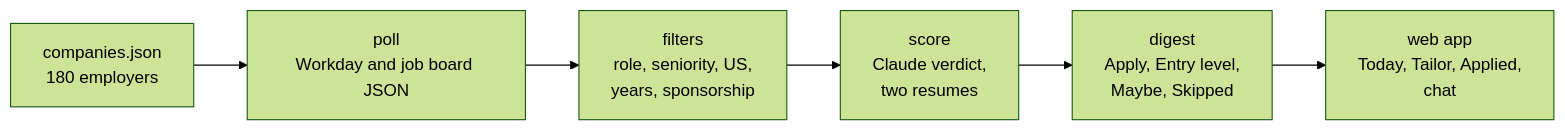
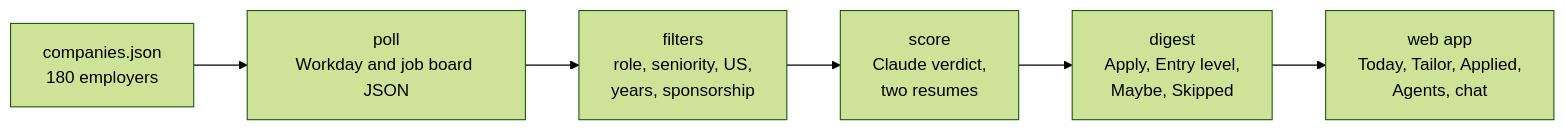
The diagram in README.md (SiddhiRohan/job-radar), drawn with Mermaid (forest theme) before and after one commit. The commit also changed other lines of this file and 45 other files, not shown here.

````diff
--- a/README.md
+++ b/README.md
@@ -79,8 +96,8 @@
 ```mermaid
 flowchart LR
   A["companies.json<br/>180 employers"] --> B["poll<br/>Workday and job board JSON"]
   B --> C["filters<br/>role, seniority, US,<br/>years, sponsorship"]
   C --> D["score<br/>Claude verdict,<br/>two resumes"]
   D --> E["digest<br/>Apply, Entry level,<br/>Maybe, Skipped"]
-  E --> F["web app<br/>Today, Tailor, Applied,<br/>chat"]
+  E --> F["web app<br/>Today, Tailor, Applied,<br/>Agents, chat"]
 ```
````
